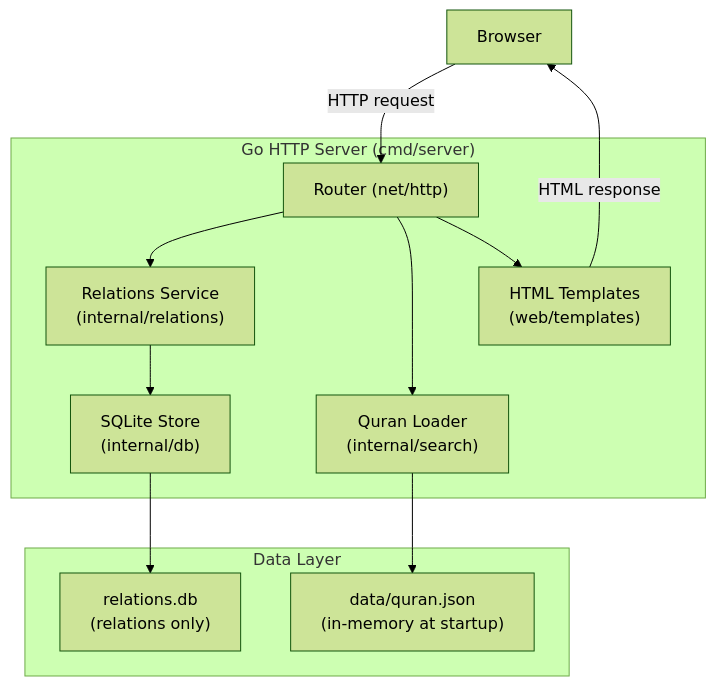
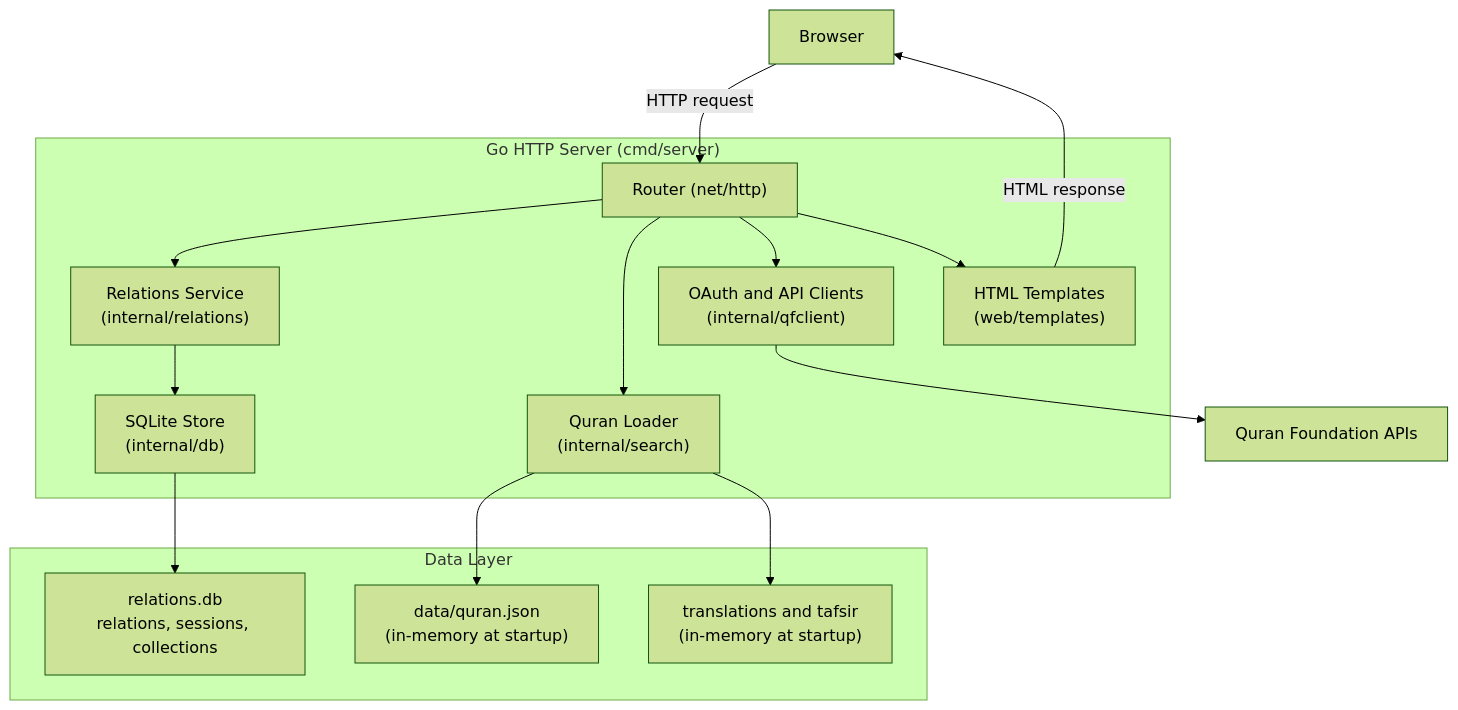
Before and after one commit to srmdn/hifzlink: the first of 2 diagrams in docs/ARCHITECTURE.md, drawn with Mermaid (forest theme). The commit also changed other lines of this file and 4 other files, not shown here.

````diff
--- a/docs/ARCHITECTURE.md
+++ b/docs/ARCHITECTURE.md
@@ -13,26 +15,32 @@
 ```mermaid
 graph TD
     Browser["Browser"]
+    QF["Quran Foundation APIs"]
 
     subgraph Server["Go HTTP Server (cmd/server)"]
         Router["Router (net/http)"]
         RelService["Relations Service\n(internal/relations)"]
         Search["Quran Loader\n(internal/search)"]
         DB["SQLite Store\n(internal/db)"]
+        QFClient["OAuth and API Clients\n(internal/qfclient)"]
         Templates["HTML Templates\n(web/templates)"]
     end
 
     subgraph Data["Data Layer"]
         QuranJSON["data/quran.json\n(in-memory at startup)"]
-        SQLiteDB["relations.db\n(relations only)"]
+        ContentJSON["translations and tafsir\n(in-memory at startup)"]
+        SQLiteDB["relations.db\nrelations, sessions, collections"]
     end
 
     Browser -->|HTTP request| Router
     Router --> RelService
     Router --> Search
     RelService --> DB
     DB --> SQLiteDB
     Search --> QuranJSON
+    Search --> ContentJSON
+    Router --> QFClient
+    QFClient --> QF
     Router --> Templates
     Templates -->|HTML response| Browser
 ```
````
